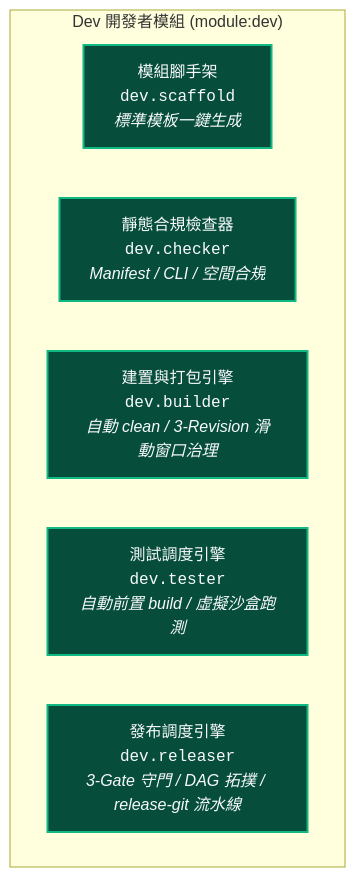
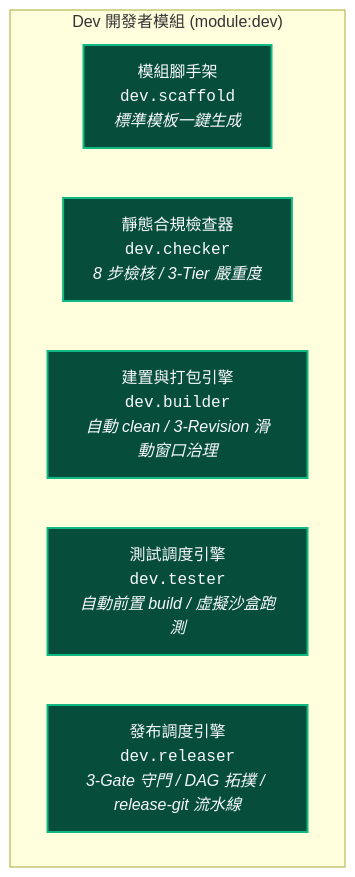
The diagram in docs/dev/README.md (ysnaive/ys-codebase), drawn with Mermaid before and after one commit. The commit also changed other lines of this file and 91 other files, not shown here.

````diff
--- a/docs/dev/README.md
+++ b/docs/dev/README.md
@@ -18,12 +33,12 @@
 ```mermaid
 graph TD
     classDef sub fill:#064e3b,stroke:#10b981,stroke-width:2px,color:#f8fafc;
     
     subgraph DevModule ["Dev 開發者模組 (module:dev)"]
         Scaffold["模組腳手架<br/><code>dev.scaffold</code><br/><i>標準模板一鍵生成</i>"]:::sub
-        Checker["靜態合規檢查器<br/><code>dev.checker</code><br/><i>Manifest / CLI / 空間合規</i>"]:::sub
+        Checker["靜態合規檢查器<br/><code>dev.checker</code><br/><i>8 步檢核 / 3-Tier 嚴重度</i>"]:::sub
         Builder["建置與打包引擎<br/><code>dev.builder</code><br/><i>自動 clean / 3-Revision 滑動窗口治理</i>"]:::sub
         Tester["測試調度引擎<br/><code>dev.tester</code><br/><i>自動前置 build / 虛擬沙盒跑測</i>"]:::sub
         Releaser["發布調度引擎<br/><code>dev.releaser</code><br/><i>3-Gate 守門 / DAG 拓撲 / release-git 流水線</i>"]:::sub
     end
 ```
````
